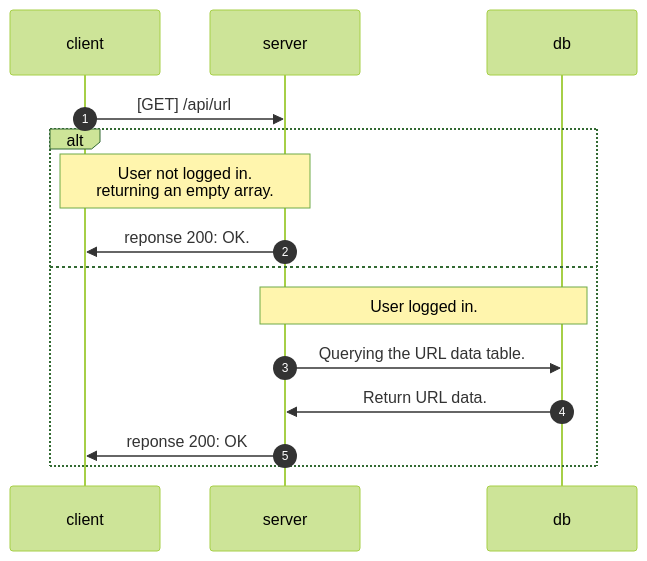
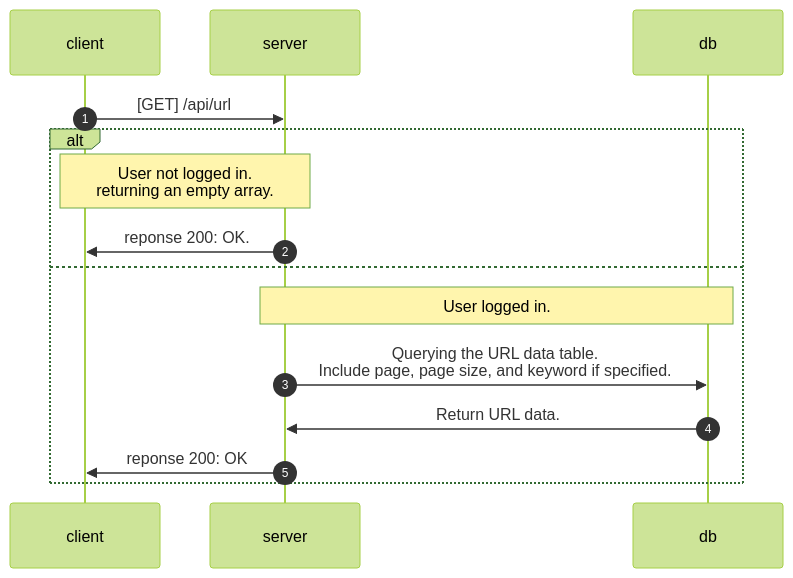
One commit to yanzzzzzzzzz/short_url_backend changed the second of 3 diagrams in docs/api/short_url_api.md. Above: the diagram before and after it, drawn with Mermaid (forest theme). The commit also changed other lines of this file, not shown here.

````diff
--- a/docs/api/short_url_api.md
+++ b/docs/api/short_url_api.md
@@ -103,19 +119,19 @@
 ```mermaid
 sequenceDiagram
     participant client
     participant server
     participant db
     
     autonumber 1
     client ->> server: [GET] /api/url
     
     alt
         Note over client, server: User not logged in.<br>returning an empty array.
         server ->> client: reponse 200: OK.
     else
         Note over server, db: User logged in.
-        server ->> db: Querying the URL data table.
+        server ->> db: Querying the URL data table.<br>Include page, page size, and keyword if specified.
         db ->> server: Return URL data.
         server ->> client: reponse 200: OK
     end
 ```
````
